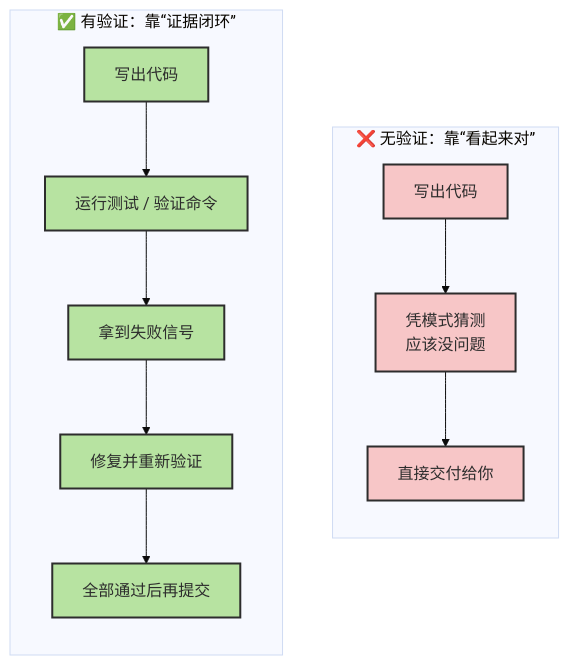
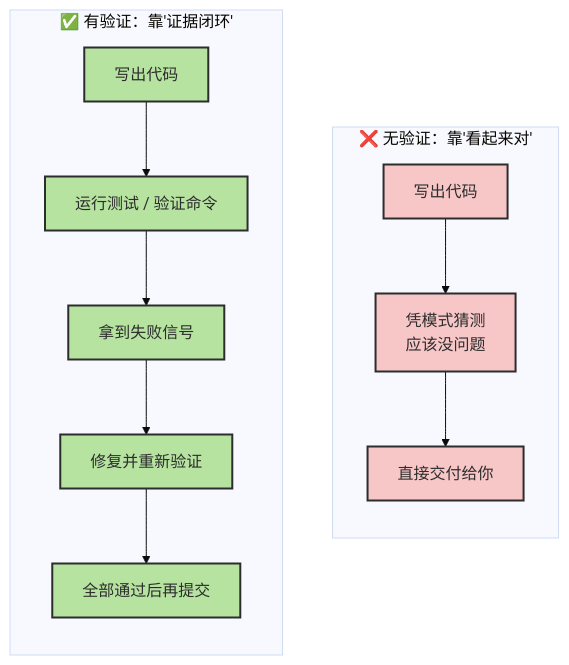
One commit to zht043/AgenticCodingTutorial changed the second of 2 diagrams in docs/chapters/ch02-agent-first-practice.md. Above: the diagram before and after it, drawn with Mermaid (base theme). The commit also changed other lines of this file and 24 other files, not shown here.

````diff
--- a/docs/chapters/ch02-agent-first-practice.md
+++ b/docs/chapters/ch02-agent-first-practice.md
@@ -905,23 +92,23 @@
 ```mermaid
 flowchart TB
     classDef bad fill:#f7c6c7,stroke:#2d2d2d,stroke-width:2px,color:#2d2d2d
     classDef good fill:#b7e3a1,stroke:#2d2d2d,stroke-width:2px,color:#2d2d2d
 
-    subgraph NO["❌ 无验证：靠“看起来对”"]
+    subgraph NO["❌ 无验证：靠'看起来对'"]
         direction TB
         N1["写出代码"]:::bad
         N2["凭模式猜测<br/>应该没问题"]:::bad
         N3["直接交付给你"]:::bad
         N1 --> N2 --> N3
     end
 
-    subgraph YES["✅ 有验证：靠“证据闭环”"]
+    subgraph YES["✅ 有验证：靠'证据闭环'"]
         direction TB
         Y1["写出代码"]:::good
         Y2["运行测试 / 验证命令"]:::good
         Y3["拿到失败信号"]:::good
         Y4["修复并重新验证"]:::good
         Y5["全部通过后再提交"]:::good
         Y1 --> Y2 --> Y3 --> Y4 --> Y5
     end
 ```
````
